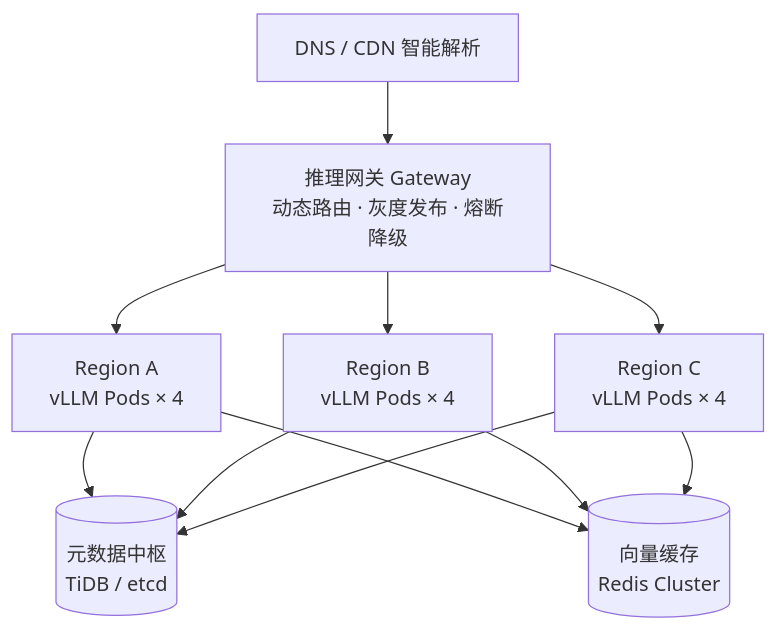
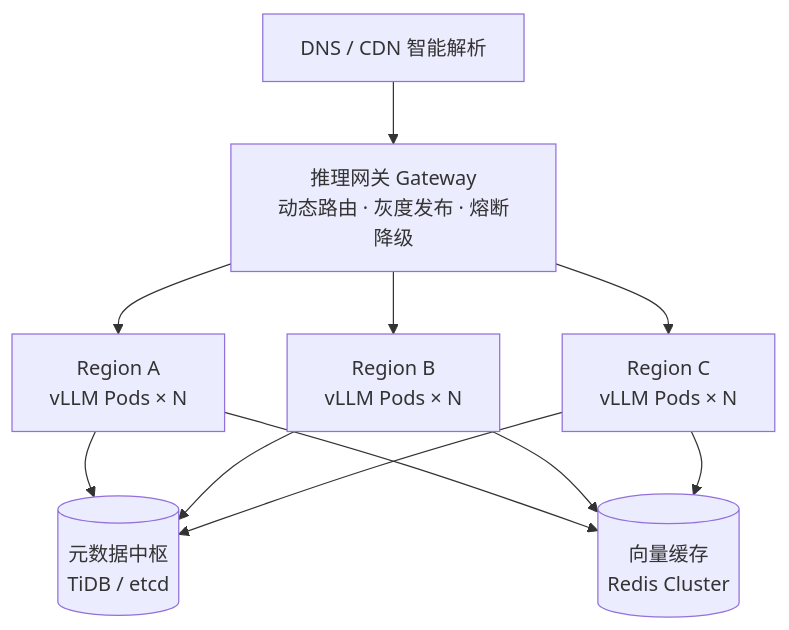
One commit to Zhengtianqi/Zhengtianqi.github.io changed the second of 6 diagrams in src/posts/运维/DeepSeek-V4-Pro高可用部署方案.md. Above: the diagram before and after it, drawn with Mermaid. The commit also changed other lines of this file, not shown here.

````diff
--- a/src/posts/运维/DeepSeek-V4-Pro高可用部署方案.md
+++ b/src/posts/运维/DeepSeek-V4-Pro高可用部署方案.md
@@ -16,13 +126,13 @@
 ```mermaid
 graph TD
     A[DNS / CDN 智能解析] --> B[推理网关 Gateway<br/>动态路由 · 灰度发布 · 熔断降级]
-    B --> C[Region A<br/>vLLM Pods × 4]
-    B --> D[Region B<br/>vLLM Pods × 4]
-    B --> E[Region C<br/>vLLM Pods × 4]
+    B --> C[Region A<br/>vLLM Pods × N]
+    B --> D[Region B<br/>vLLM Pods × N]
+    B --> E[Region C<br/>vLLM Pods × N]
     C --> F[(元数据中枢<br/>TiDB / etcd)]
     D --> F
     E --> F
     C --> G[(向量缓存<br/>Redis Cluster)]
     D --> G
     E --> G
 ```
````
